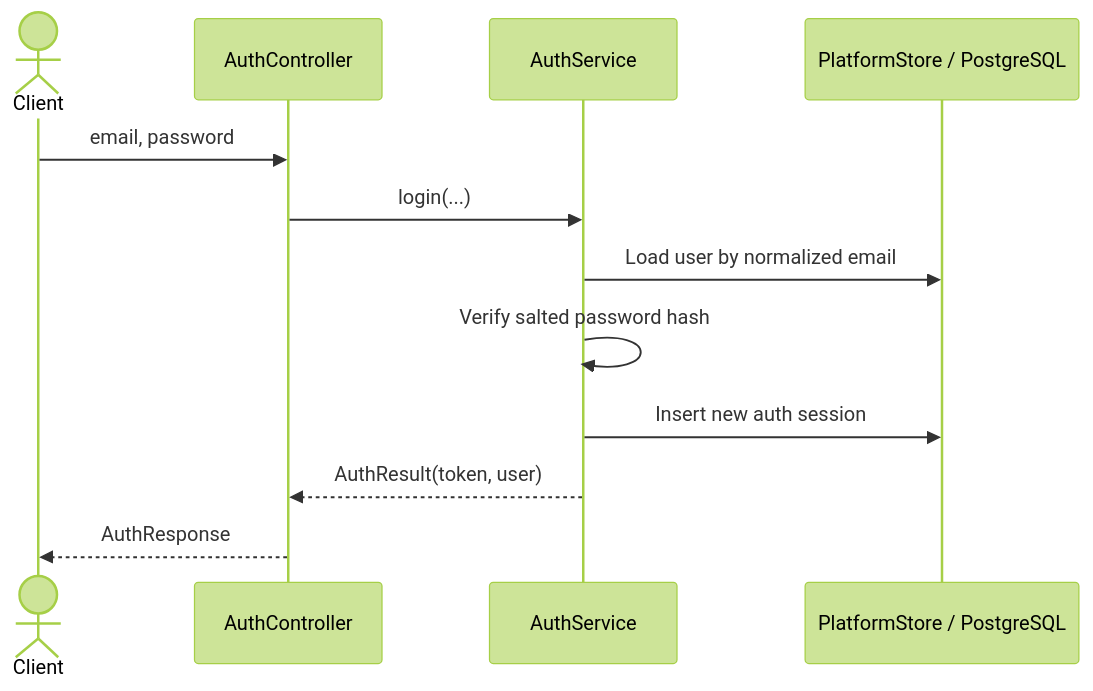
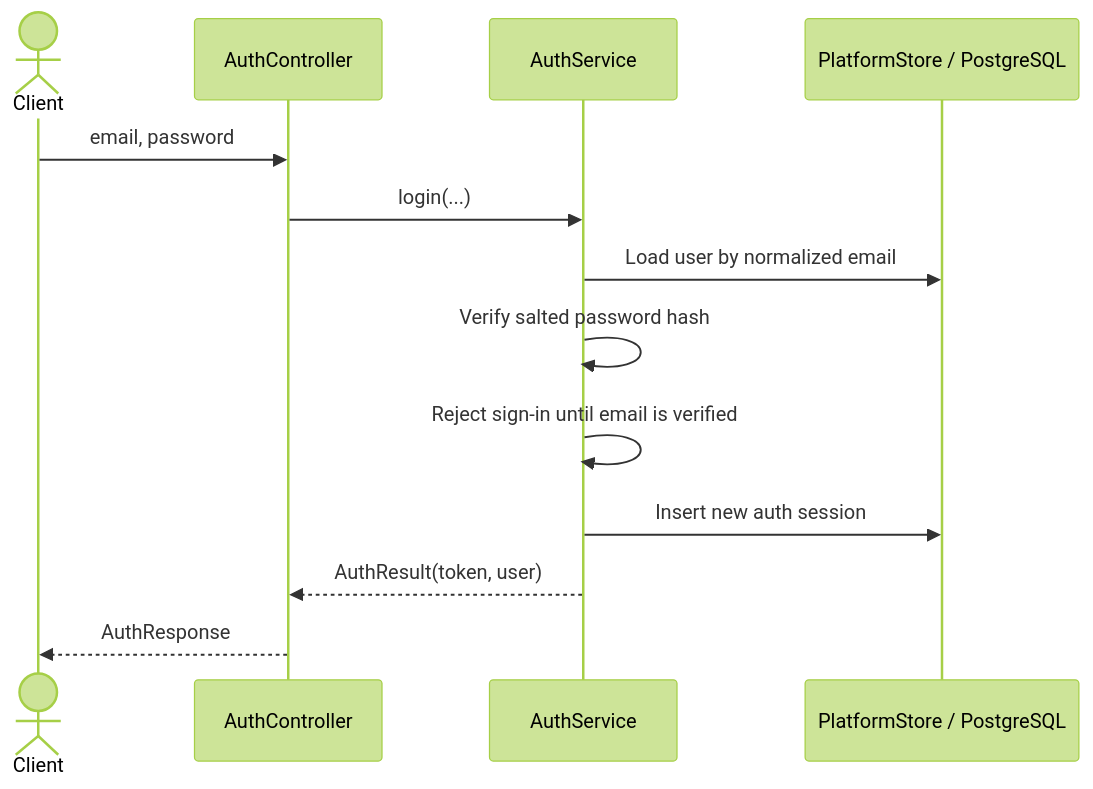
Before and after one commit to mehdieidi/modriss: the third of 15 diagrams in docs/diagrams/09-api-auth-project-sequences.md, drawn with Mermaid (forest theme). The commit also changed other lines of this file and 20 other files, not shown here.

````diff
--- a/docs/diagrams/09-api-auth-project-sequences.md
+++ b/docs/diagrams/09-api-auth-project-sequences.md
@@ -24,14 +40,15 @@
 ```mermaid
 sequenceDiagram
     actor Client
     participant C as AuthController
     participant S as AuthService
     participant DB as PlatformStore / PostgreSQL
     Client->>C: email, password
     C->>S: login(...)
     S->>DB: Load user by normalized email
     S->>S: Verify salted password hash
+    S->>S: Reject sign-in until email is verified
     S->>DB: Insert new auth session
     S-->>C: AuthResult(token, user)
     C-->>Client: AuthResponse
 ```
````
